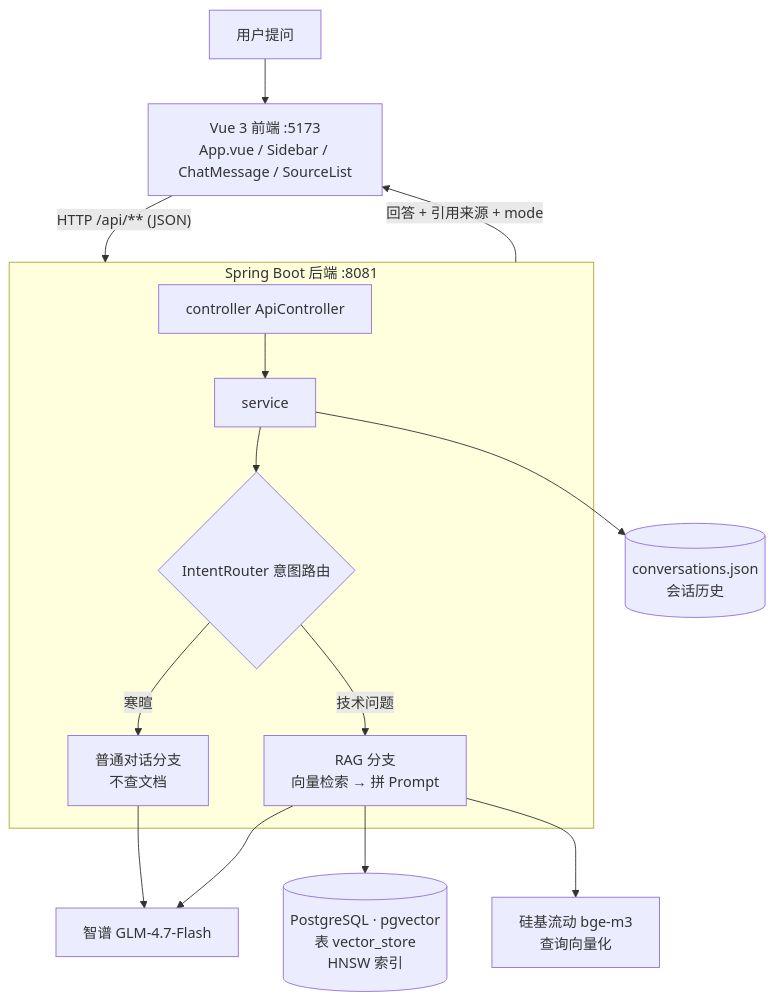
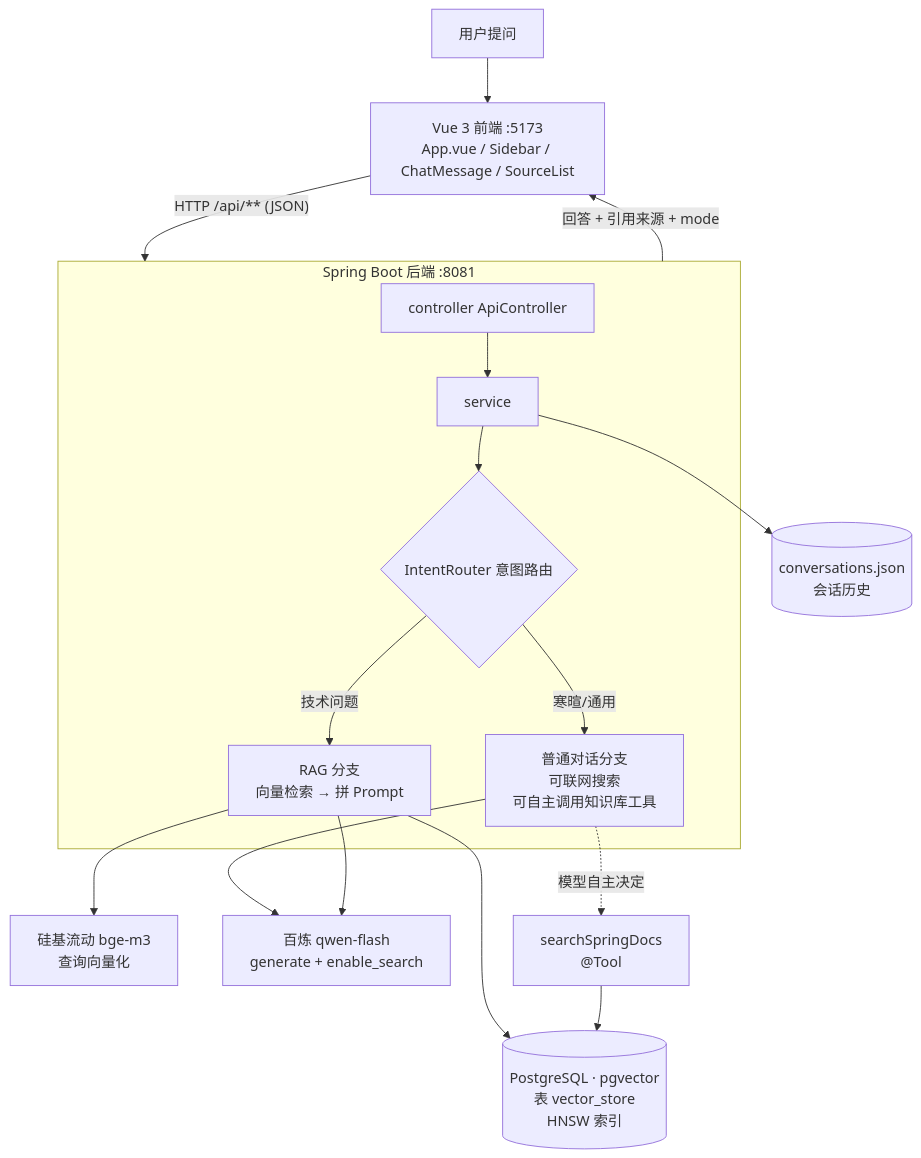
The diagram in README.md (yezzz0525/doc-agent), drawn with Mermaid before and after one commit. The commit also changed other lines of this file and 3 other files, not shown here.

First line of the commit message:
docs: 同步服务商信息（对话已从智谱切到百炼 qwen-flash）

````diff
--- a/README.md
+++ b/README.md
@@ -30,19 +32,21 @@
 ```mermaid
 flowchart TD
     U[用户提问] --> FE["Vue 3 前端 :5173<br/>App.vue / Sidebar / ChatMessage / SourceList"]
     FE -- "HTTP /api/** (JSON)" --> BE["Spring Boot 后端 :8081"]
 
     subgraph BE[Spring Boot 后端 :8081]
         C[controller ApiController] --> S[service]
         S --> R{IntentRouter 意图路由}
-        R -- "寒暄" --> CHAT[普通对话分支<br/>不查文档]
+        R -- "寒暄/通用" --> CHAT[普通对话分支<br/>可联网搜索<br/>可自主调用知识库工具]
         R -- "技术问题" --> RAG[RAG 分支<br/>向量检索 → 拼 Prompt]
     end
 
     RAG --> V[("PostgreSQL · pgvector<br/>表 vector_store<br/>HNSW 索引")]
     RAG --> EMB[硅基流动 bge-m3<br/>查询向量化]
-    CHAT --> LLM[智谱 GLM-4.7-Flash]
+    CHAT --> LLM[百炼 qwen-flash<br/>generate + enable_search]
     RAG --> LLM
+    CHAT -.->|"模型自主决定"| TOOL["searchSpringDocs<br/>@Tool"]
+    TOOL --> V
     S --> CONV[(conversations.json<br/>会话历史)]
     BE -- "回答 + 引用来源 + mode" --> FE
 ```
````
